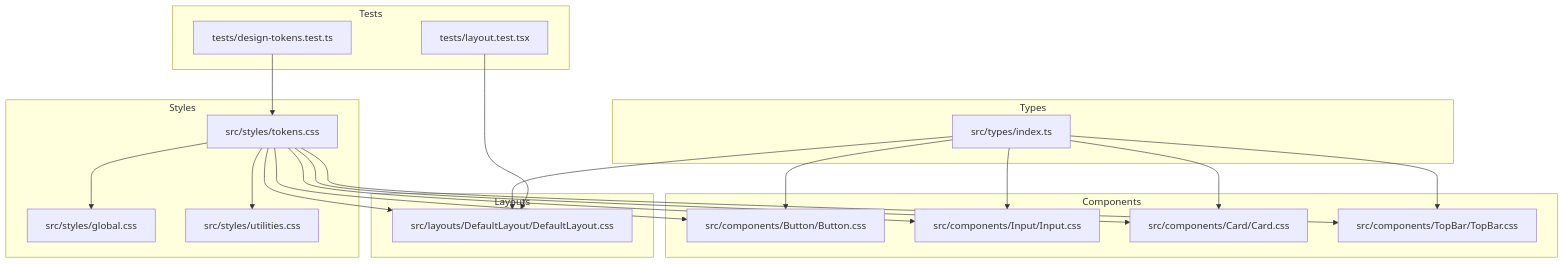
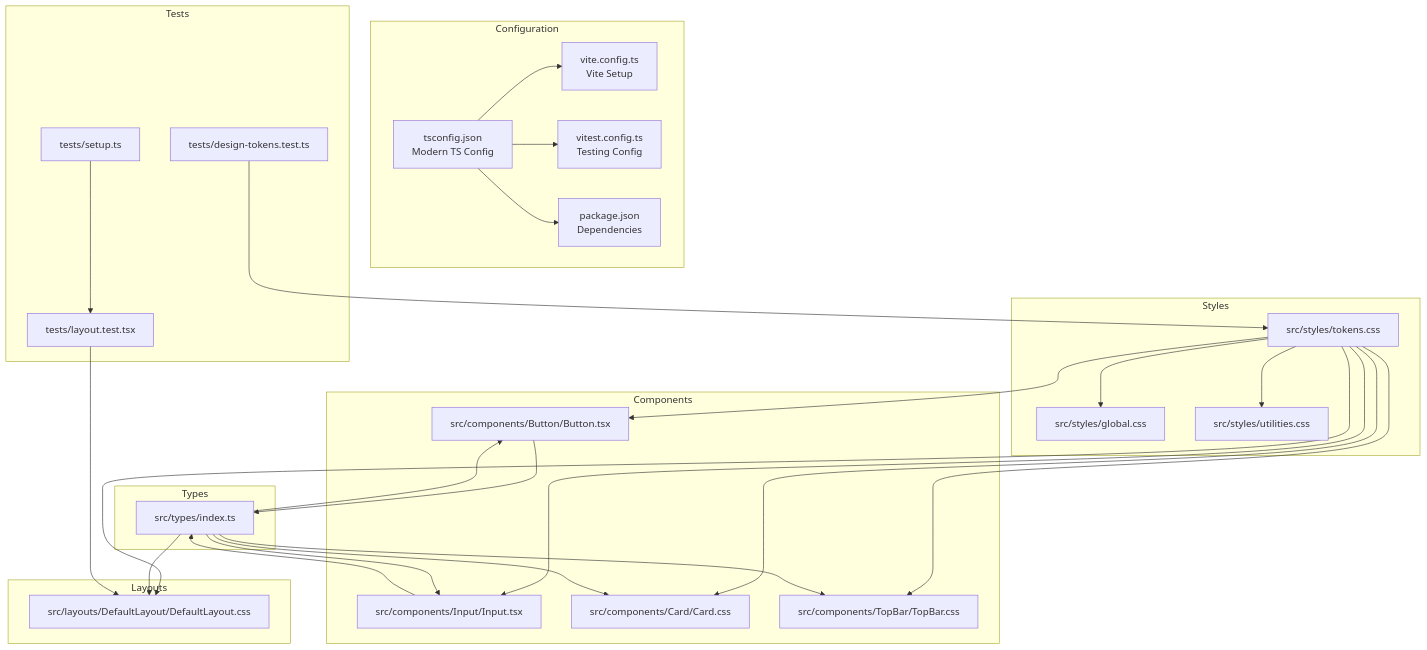
The first of 9 diagrams in .qoder/repowiki/en/content/Design System Foundation.md (srustivd940-star/design-system), drawn with Mermaid before and after one commit. The commit also changed other lines of this file and 22 other files, not shown here.

````diff
--- a/.qoder/repowiki/en/content/Design System Foundation.md
+++ b/.qoder/repowiki/en/content/Design System Foundation.md
@@ -37,38 +53,51 @@
 ```mermaid
 graph TB
+subgraph "Configuration"
+TS["tsconfig.json<br/>Modern TS Config"]
+VC["vite.config.ts<br/>Vite Setup"]
+VT["vitest.config.ts<br/>Testing Config"]
+PKG["package.json<br/>Dependencies"]
+end
 subgraph "Styles"
 T["src/styles/tokens.css"]
 G["src/styles/global.css"]
 U["src/styles/utilities.css"]
 end
 subgraph "Components"
-BTN["src/components/Button/Button.css"]
-INP["src/components/Input/Input.css"]
+BTN["src/components/Button/Button.tsx"]
+INP["src/components/Input/Input.tsx"]
 CAR["src/components/Card/Card.css"]
 TOP["src/components/TopBar/TopBar.css"]
 end
 subgraph "Layouts"
 DL["src/layouts/DefaultLayout/DefaultLayout.css"]
 end
 subgraph "Types"
 TYPES["src/types/index.ts"]
 end
 subgraph "Tests"
 TT["tests/design-tokens.test.ts"]
 LT["tests/layout.test.tsx"]
+SETUP["tests/setup.ts"]
 end
+TS --> VC
+TS --> VT
+TS --> PKG
 T --> G
 T --> U
 T --> BTN
 T --> INP
 T --> CAR
 T --> TOP
 T --> DL
 TYPES --> BTN
 TYPES --> INP
 TYPES --> CAR
 TYPES --> TOP
 TYPES --> DL
+BTN --> TYPES
+INP --> TYPES
 TT --> T
 LT --> DL
+SETUP --> LT
 ```
````
